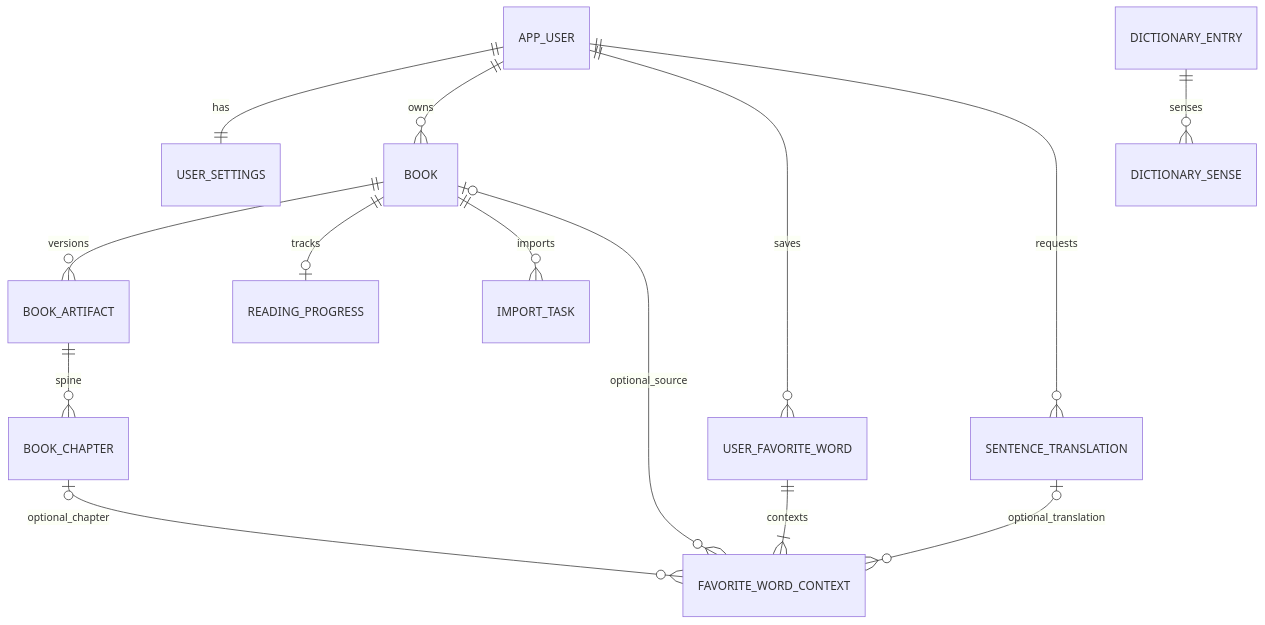
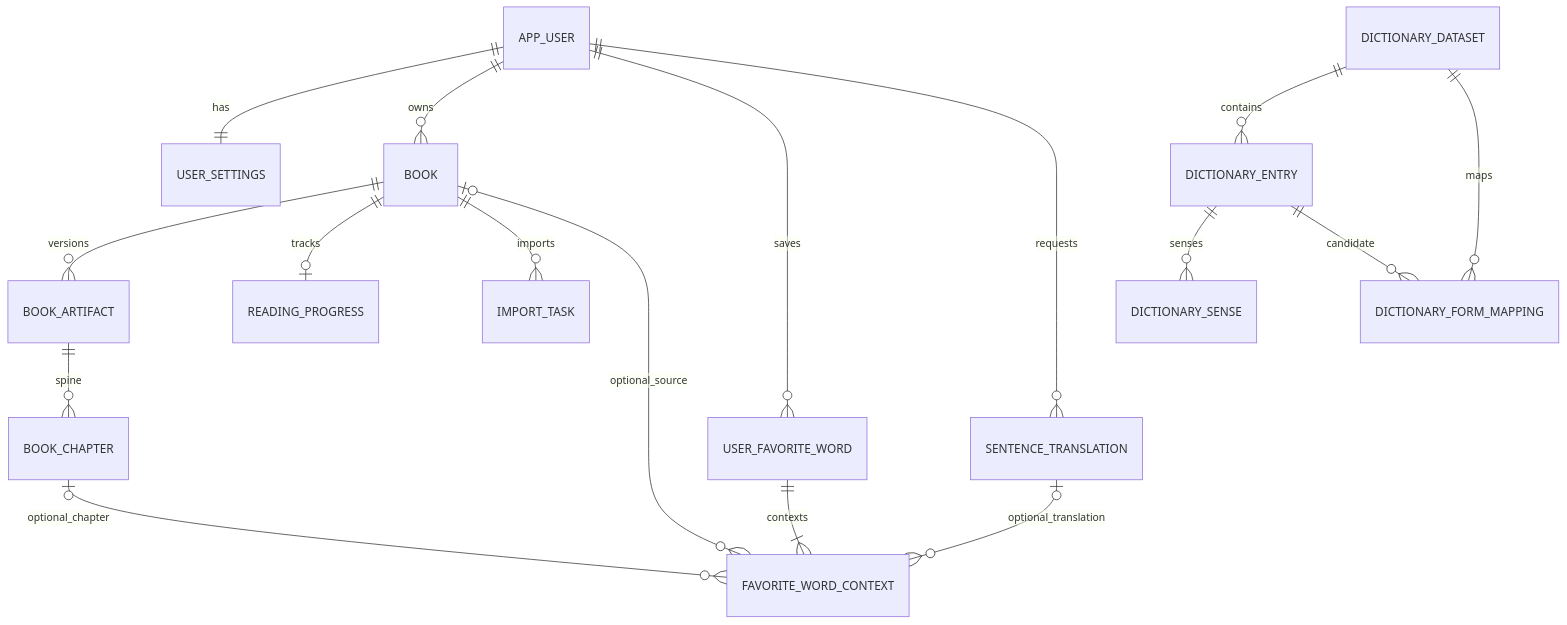
One commit to fcj0633/readict-design changed the fourth of 4 diagrams in docs/technical/architecture/Readict-V1.1-系统技术设计.md. Above: the diagram before and after it, drawn with Mermaid. The commit also changed other lines of this file and 10 other files, not shown here.

````diff
--- a/docs/technical/architecture/Readict-V1.1-系统技术设计.md
+++ b/docs/technical/architecture/Readict-V1.1-系统技术设计.md
@@ -499,16 +521,19 @@
 ```mermaid
 erDiagram
     APP_USER ||--|| USER_SETTINGS : has
     APP_USER ||--o{ BOOK : owns
     BOOK ||--o{ BOOK_ARTIFACT : versions
     BOOK_ARTIFACT ||--o{ BOOK_CHAPTER : spine
     BOOK ||--o| READING_PROGRESS : tracks
     BOOK ||--o{ IMPORT_TASK : imports
     APP_USER ||--o{ USER_FAVORITE_WORD : saves
     USER_FAVORITE_WORD ||--|{ FAVORITE_WORD_CONTEXT : contexts
     BOOK o|--o{ FAVORITE_WORD_CONTEXT : optional_source
     BOOK_CHAPTER o|--o{ FAVORITE_WORD_CONTEXT : optional_chapter
     APP_USER ||--o{ SENTENCE_TRANSLATION : requests
     SENTENCE_TRANSLATION o|--o{ FAVORITE_WORD_CONTEXT : optional_translation
+    DICTIONARY_DATASET ||--o{ DICTIONARY_ENTRY : contains
     DICTIONARY_ENTRY ||--o{ DICTIONARY_SENSE : senses
+    DICTIONARY_DATASET ||--o{ DICTIONARY_FORM_MAPPING : maps
+    DICTIONARY_ENTRY ||--o{ DICTIONARY_FORM_MAPPING : candidate
 ```
````
